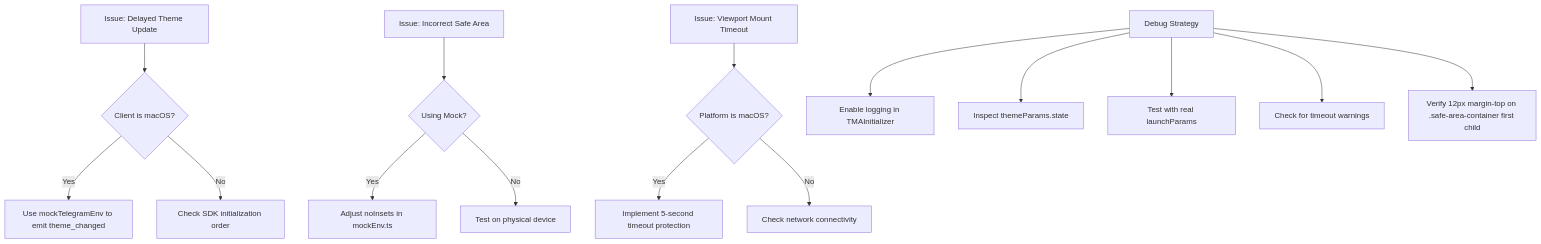
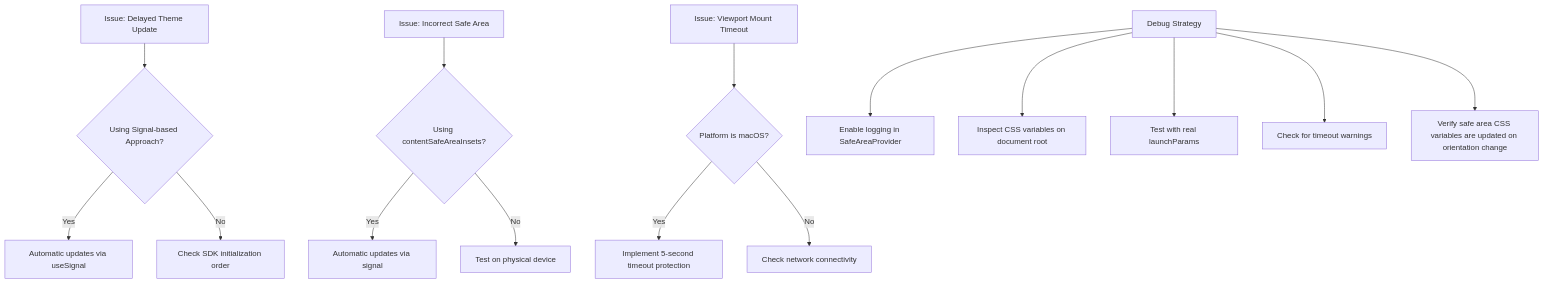
Before and after one commit to Miaterio/Passion-bot-2: the fourth of 4 diagrams in .qoder/repowiki/en/content/Core Architecture/Theme and Viewport Integration.md, drawn with Mermaid. The commit also changed other lines of this file and 199 other files, not shown here.

````diff
--- a/.qoder/repowiki/en/content/Core Architecture/Theme and Viewport Integration.md
+++ b/.qoder/repowiki/en/content/Core Architecture/Theme and Viewport Integration.md
@@ -243,17 +261,17 @@
 ```mermaid
 flowchart TD
-A[Issue: Delayed Theme Update] --> B{Client is macOS?}
-B --> |Yes| C[Use mockTelegramEnv to emit theme_changed]
+A[Issue: Delayed Theme Update] --> B{Using Signal-based Approach?}
+B --> |Yes| C[Automatic updates via useSignal]
 B --> |No| D[Check SDK initialization order]
-E[Issue: Incorrect Safe Area] --> F{Using Mock?}
-F --> |Yes| G[Adjust noInsets in mockEnv.ts]
+E[Issue: Incorrect Safe Area] --> F{Using contentSafeAreaInsets?}
+F --> |Yes| G[Automatic updates via signal]
 F --> |No| H[Test on physical device]
 I[Issue: Viewport Mount Timeout] --> J{Platform is macOS?}
 J --> |Yes| K[Implement 5-second timeout protection]
 J --> |No| L[Check network connectivity]
-M[Debug Strategy] --> N[Enable logging in TMAInitializer]
-M --> O[Inspect themeParams.state]
+M[Debug Strategy] --> N[Enable logging in SafeAreaProvider]
+M --> O[Inspect CSS variables on document root]
 M --> P[Test with real launchParams]
 M --> Q[Check for timeout warnings]
-M --> R[Verify 12px margin-top on .safe-area-container first child]
+M --> R[Verify safe area CSS variables are updated on orientation change]
 ```
````
